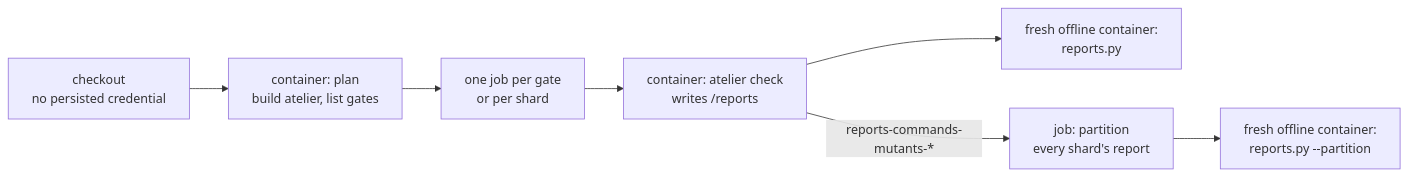
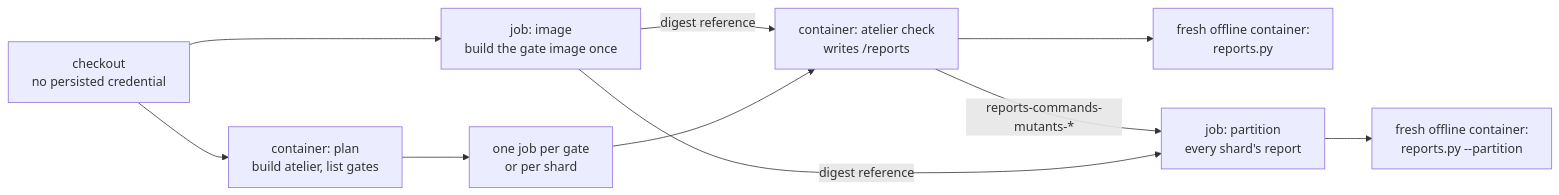
One commit to wrkhse/atelier changed the diagram in .github/ci/README.md. Above: the diagram before and after it, drawn with Mermaid. The commit also changed other lines of this file and 6 other files, not shown here.

````diff
--- a/.github/ci/README.md
+++ b/.github/ci/README.md
@@ -12,9 +12,12 @@
 ```mermaid
 flowchart LR
-    Checkout["checkout<br/>no persisted credential"] --> Plan["container: plan<br/>build atelier, list gates"]
+    Checkout["checkout<br/>no persisted credential"] --> Image["job: image<br/>build the gate image once"]
+    Checkout --> Plan["container: plan<br/>build atelier, list gates"]
+    Image -->|"digest reference"| Gate["container: atelier check<br/>writes /reports"]
     Plan --> Matrix["one job per gate<br/>or per shard"]
-    Matrix --> Gate["container: atelier check<br/>writes /reports"]
+    Matrix --> Gate
     Gate --> Validate["fresh offline container:<br/>reports.py"]
     Gate -->|"reports-commands-mutants-*"| Partition["job: partition<br/>every shard's report"]
+    Image -->|"digest reference"| Partition
     Partition --> Proof["fresh offline container:<br/>reports.py --partition"]
 ```
````
